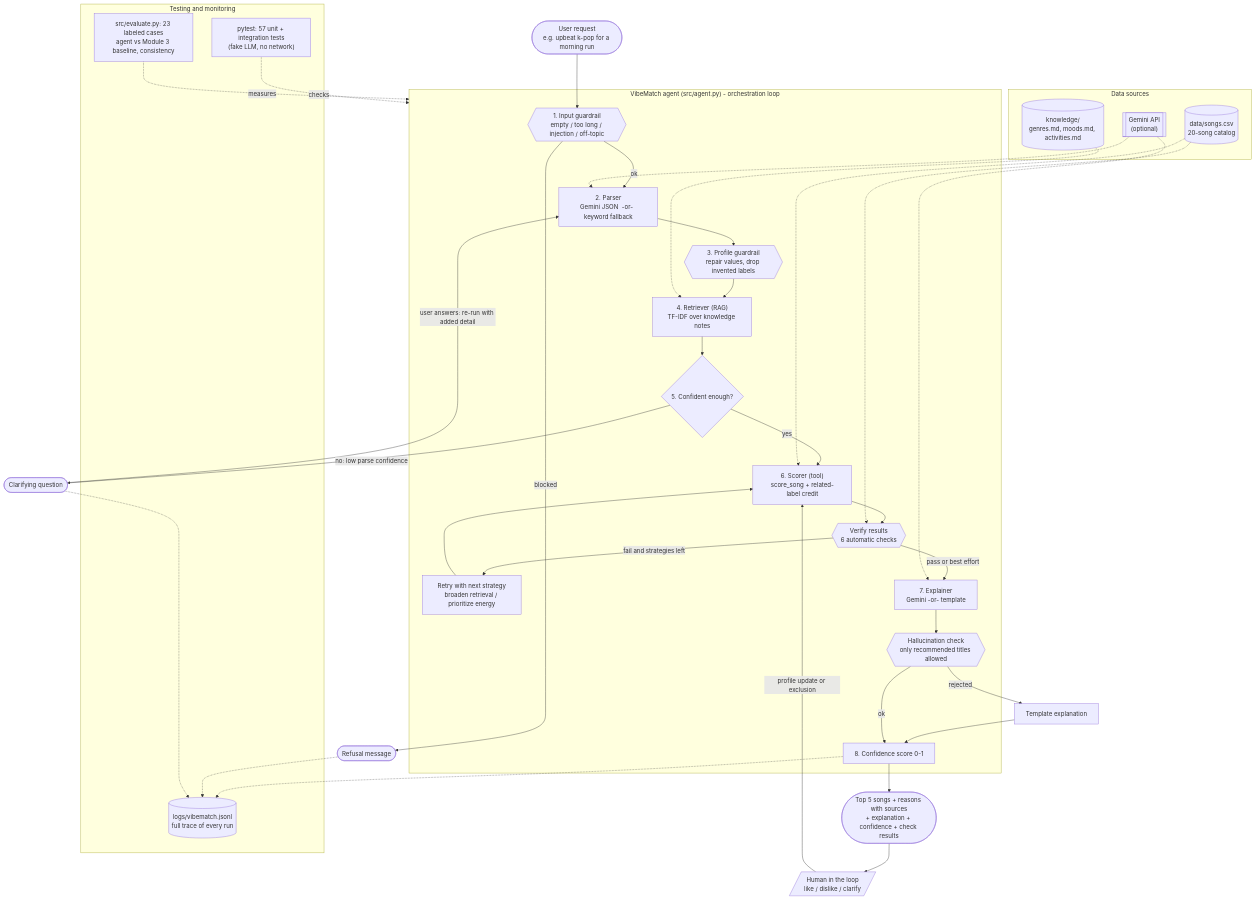
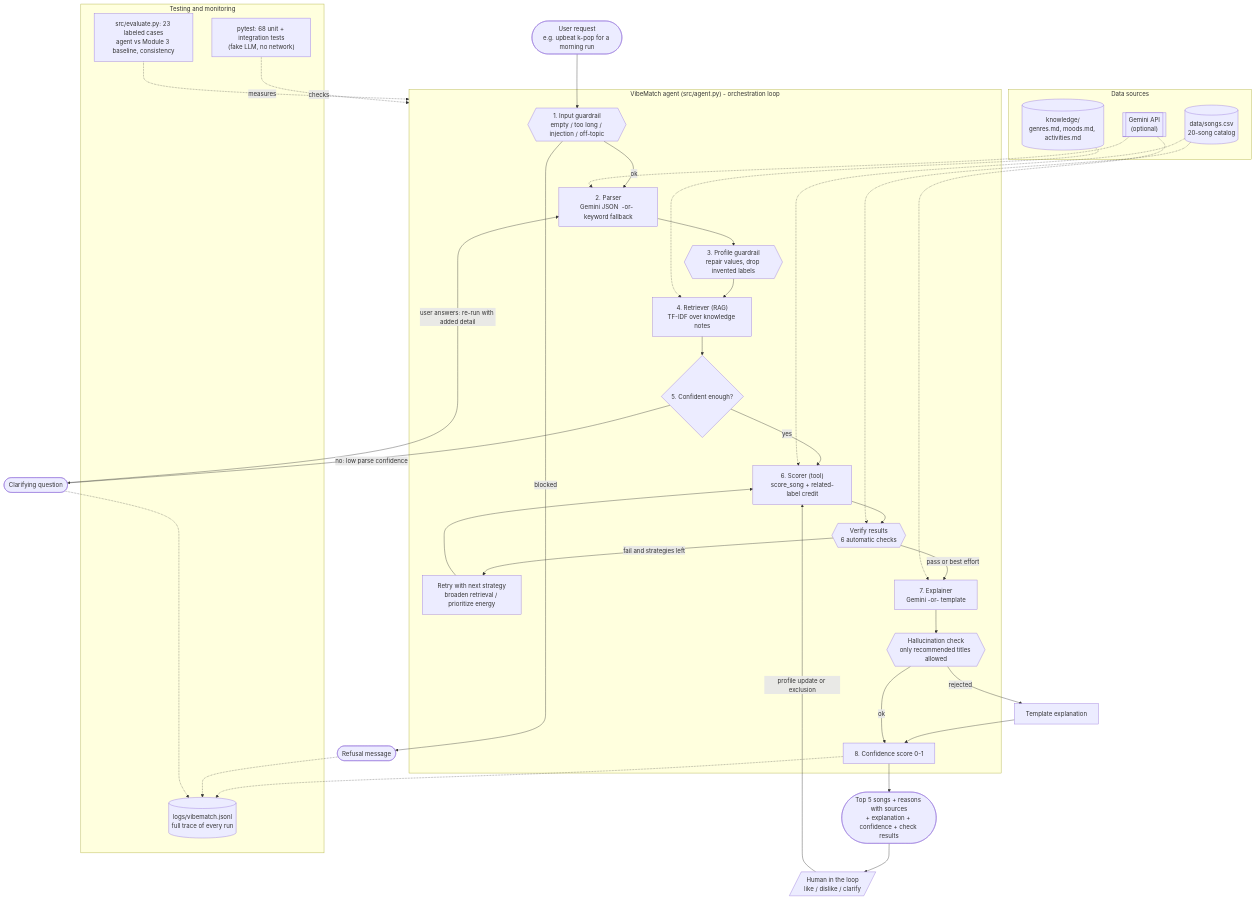
One commit to pavankalyan1436/applied-ai-system-final changed the diagram in diagrams/architecture.mmd. Above: the diagram before and after it, drawn with Mermaid. The commit also changed 11 other files, not shown here.

```diff
--- a/diagrams/architecture.mmd
+++ b/diagrams/architecture.mmd
@@ -1,55 +1,55 @@
 %% VibeMatch system architecture
 %% Render: paste into https://mermaid.live or view on GitHub (diagrams/architecture.md)
 flowchart TD
     U(["User request<br/>e.g. upbeat k-pop for a morning run"]) --> G1
 
     subgraph AGENT["VibeMatch agent (src/agent.py) - orchestration loop"]
         G1{{"1. Input guardrail<br/>empty / too long / injection / off-topic"}}
         P["2. Parser<br/>Gemini JSON  -or-  keyword fallback"]
         V{{"3. Profile guardrail<br/>repair values, drop invented labels"}}
         R["4. Retriever (RAG)<br/>TF-IDF over knowledge notes"]
         C{"5. Confident enough?"}
         S["6. Scorer (tool)<br/>score_song + related-label credit"]
         VF{{"Verify results<br/>6 automatic checks"}}
         RT["Retry with next strategy<br/>broaden retrieval / prioritize energy"]
         E["7. Explainer<br/>Gemini  -or-  template"]
         HC{{"Hallucination check<br/>only recommended titles allowed"}}
         CF["8. Confidence score 0-1"]
     end
 
     G1 -- blocked --> BLK(["Refusal message"])
     G1 -- ok --> P
     P --> V --> R --> C
     C -- "no: low parse confidence" --> Q(["Clarifying question"])
     Q -- "user answers: re-run with added detail" --> P
     C -- yes --> S --> VF
     VF -- "fail and strategies left" --> RT --> S
     VF -- "pass or best effort" --> E --> HC
     HC -- "rejected" --> TPL["Template explanation"] --> CF
     HC -- "ok" --> CF
     CF --> OUT(["Top 5 songs + reasons with sources<br/>+ explanation + confidence + check results"])
 
     OUT --> HUMAN[/"Human in the loop<br/>like / dislike / clarify"/]
     HUMAN -- "profile update or exclusion" --> S
 
     subgraph DATA["Data sources"]
         KB[("knowledge/<br/>genres.md, moods.md, activities.md")]
         CAT[("data/songs.csv<br/>20-song catalog")]
         LLM[["Gemini API<br/>(optional)"]]
     end
     KB -.-> R
     CAT -.-> S
     CAT -.-> VF
     LLM -.-> P
     LLM -.-> E
 
     subgraph QA["Testing and monitoring"]
         LOG[("logs/vibematch.jsonl<br/>full trace of every run")]
-        T["pytest: 57 unit + integration tests<br/>(fake LLM, no network)"]
+        T["pytest: 68 unit + integration tests<br/>(fake LLM, no network)"]
         EV["src/evaluate.py: 23 labeled cases<br/>agent vs Module 3 baseline, consistency"]
     end
     CF -.-> LOG
     BLK -.-> LOG
     Q -.-> LOG
     T -. checks .-> AGENT
     EV -. measures .-> AGENT
```
